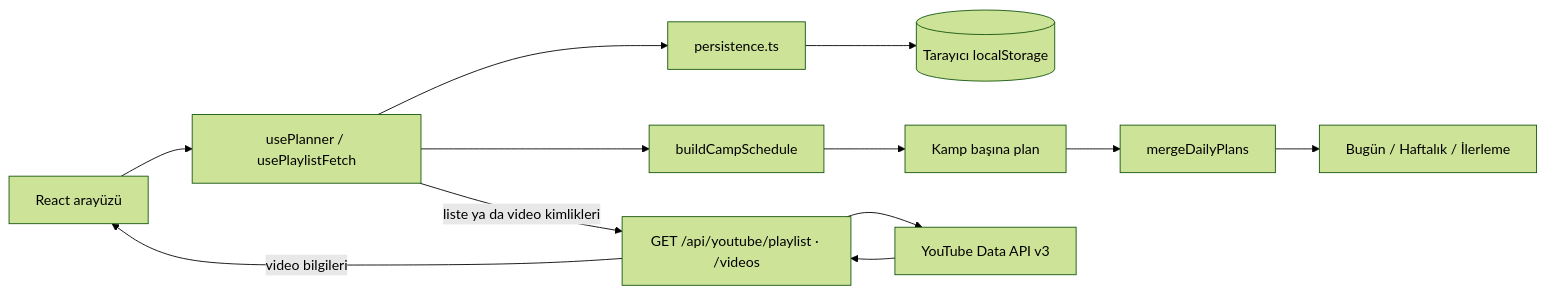
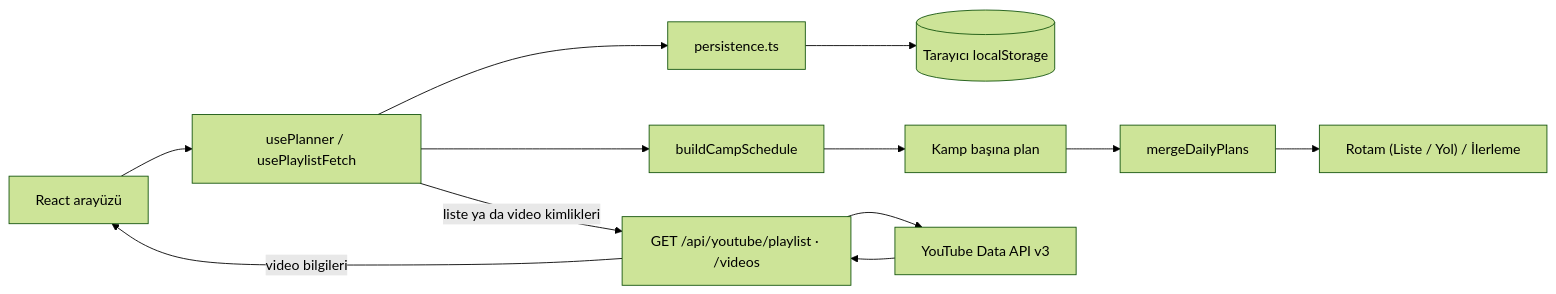
One commit to UmutYLCN/yetistiricem changed the diagram in docs/teknik-mimari.md. Above: the diagram before and after it, drawn with Mermaid (forest theme). The commit also changed 16 other files, not shown here.

```diff
--- a/docs/teknik-mimari.md
+++ b/docs/teknik-mimari.md
@@ -7,14 +7,14 @@
 ~~~mermaid
 flowchart LR
   U["React arayüzü"] --> H["usePlanner / usePlaylistFetch"]
   H --> P["persistence.ts"]
   P --> LS[("Tarayıcı localStorage")]
   H --> E["buildCampSchedule"]
   E --> A["Kamp başına plan"]
   A --> M["mergeDailyPlans"]
-  M --> V["Bugün / Haftalık / İlerleme"]
+  M --> V["Rotam (Liste / Yol) / İlerleme"]
   H -->|liste ya da video kimlikleri| R["GET /api/youtube/playlist · /videos"]
   R --> Y["YouTube Data API v3"]
   Y --> R
   R -->|video bilgileri| U
 ~~~
```
